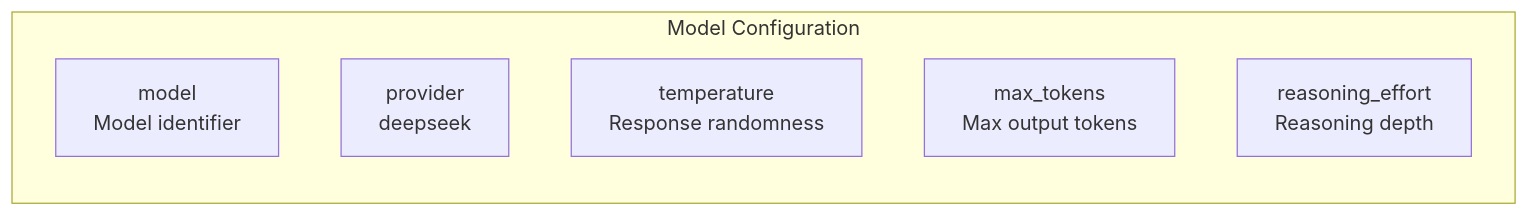
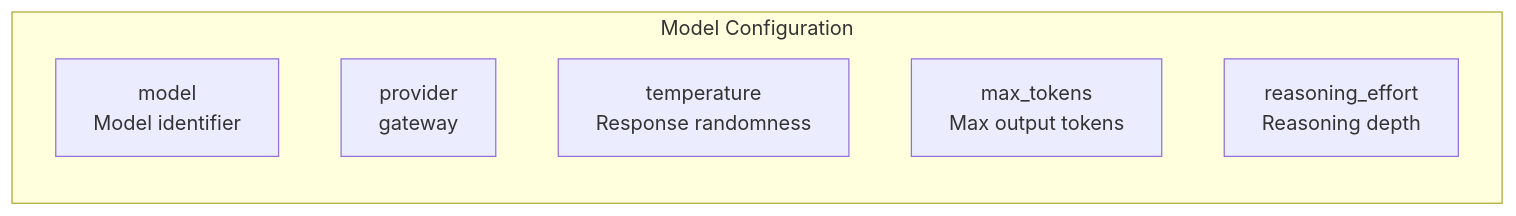
Before and after one commit to BaseIntelligence/baseagent: the first of 4 diagrams in docs/configuration.md, drawn with Mermaid. The commit also changed other lines of this file and 24 other files, not shown here.

````diff
--- a/docs/configuration.md
+++ b/docs/configuration.md
@@ -87,10 +81,10 @@
 ```mermaid
 graph LR
     subgraph Model["Model Configuration"]
         M1["model<br/>Model identifier"]
-        M2["provider<br/>deepseek"]
+        M2["provider<br/>gateway"]
         M3["temperature<br/>Response randomness"]
         M4["max_tokens<br/>Max output tokens"]
         M5["reasoning_effort<br/>Reasoning depth"]
     end
 ```
````
